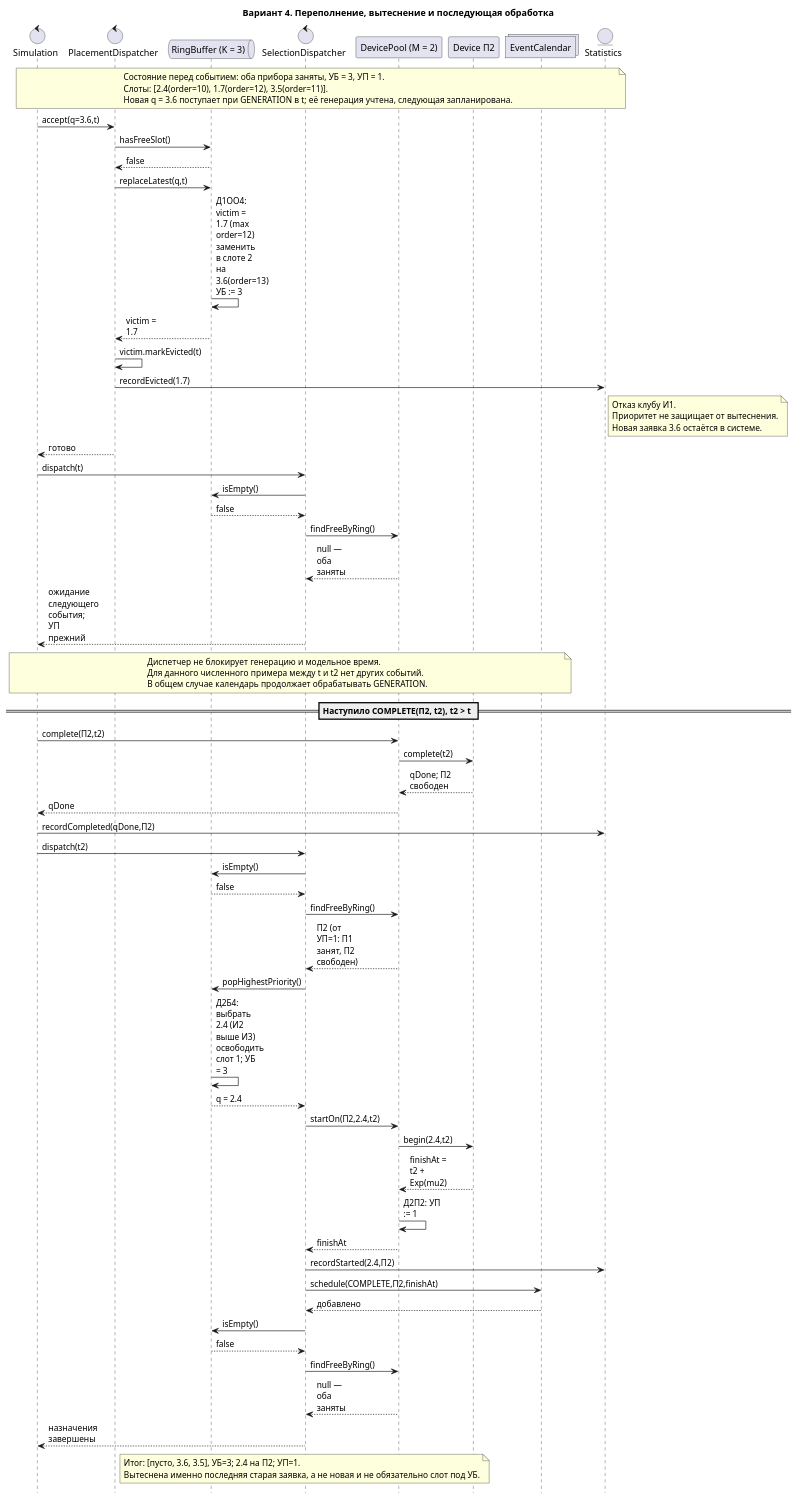
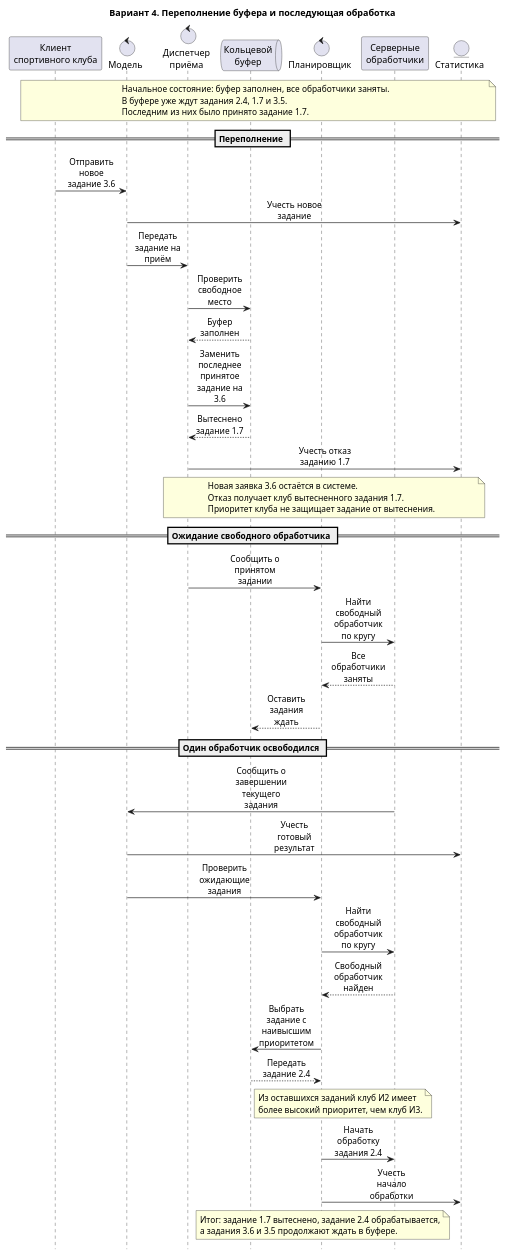
Before and after one commit to HorekProgrammer/smo-variant-4: the diagram in docs/diagrams/sequence-overflow.puml, drawn with PlantUML. The commit also changed 11 other files, not shown here.

Commit message:
Simplify sequence diagrams

```diff
--- a/docs/diagrams/sequence-overflow.puml
+++ b/docs/diagrams/sequence-overflow.puml
@@ -1,64 +1,68 @@
 @startuml
-title Вариант 4. Переполнение, вытеснение и последующая обработка
+title Вариант 4. Переполнение буфера и последующая обработка
 hide footbox
 skinparam defaultFontName Arial
-skinparam maxMessageSize 65
-control "Simulation" as Sim
-control "PlacementDispatcher" as Put
-queue "RingBuffer (K = 3)" as Buf
-control "SelectionDispatcher" as Sel
-participant "DevicePool (M = 2)" as Pool
-participant "Device П2" as Dev
-collections "EventCalendar" as Cal
-entity "Statistics" as Stat
-note over Sim, Stat
-Состояние перед событием: оба прибора заняты, УБ = 3, УП = 1.
-Слоты: [2.4(order=10), 1.7(order=12), 3.5(order=11)].
-Новая q = 3.6 поступает при GENERATION в t; её генерация учтена, следующая запланирована.
+skinparam sequenceMessageAlign center
+skinparam maxMessageSize 90
+
+participant "Клиент\nспортивного клуба" as Src
+control "Модель" as Sim
+control "Диспетчер\nприёма" as Put
+queue "Кольцевой\nбуфер" as Buf
+control "Планировщик" as Sel
+participant "Серверные\nобработчики" as Dev
+entity "Статистика" as Stat
+
+note over Src, Stat
+Начальное состояние: буфер заполнен, все обработчики заняты.
+В буфере уже ждут задания 2.4, 1.7 и 3.5.
+Последним из них было принято задание 1.7.
 end note
-Sim -> Put: accept(q=3.6,t)
-Put -> Buf: hasFreeSlot()
-Buf --> Put: false
-Put -> Buf: replaceLatest(q,t)
-Buf -> Buf: Д1ОО4: victim = 1.7 (max order=12)\nзаменить в слоте 2 на 3.6(order=13)\nУБ := 3
-Buf --> Put: victim = 1.7
-Put -> Put: victim.markEvicted(t)
-Put -> Stat: recordEvicted(1.7)
-note right of Stat: Отказ клубу И1.\nПриоритет не защищает от вытеснения.\nНовая заявка 3.6 остаётся в системе.
-Put --> Sim: готово
-Sim -> Sel: dispatch(t)
-Sel -> Buf: isEmpty()
-Buf --> Sel: false
-Sel -> Pool: findFreeByRing()
-Pool --> Sel: null — оба заняты
-Sel --> Sim: ожидание следующего события; УП прежний
-note over Sim, Cal: Диспетчер не блокирует генерацию и модельное время.\nДля данного численного примера между t и t2 нет других событий.\nВ общем случае календарь продолжает обрабатывать GENERATION.
-== Наступило COMPLETE(П2, t2), t2 > t ==
-Sim -> Pool: complete(П2,t2)
-Pool -> Dev: complete(t2)
-Dev --> Pool: qDone; П2 свободен
-Pool --> Sim: qDone
-Sim -> Stat: recordCompleted(qDone,П2)
-Sim -> Sel: dispatch(t2)
-Sel -> Buf: isEmpty()
-Buf --> Sel: false
-Sel -> Pool: findFreeByRing()
-Pool --> Sel: П2 (от УП=1: П1 занят, П2 свободен)
-Sel -> Buf: popHighestPriority()
-Buf -> Buf: Д2Б4: выбрать 2.4 (И2 выше И3)\nосвободить слот 1; УБ = 3
-Buf --> Sel: q = 2.4
-Sel -> Pool: startOn(П2,2.4,t2)
-Pool -> Dev: begin(2.4,t2)
-Dev --> Pool: finishAt = t2 + Exp(mu2)
-Pool -> Pool: Д2П2: УП := 1
-Pool --> Sel: finishAt
-Sel -> Stat: recordStarted(2.4,П2)
-Sel -> Cal: schedule(COMPLETE,П2,finishAt)
-Cal --> Sel: добавлено
-Sel -> Buf: isEmpty()
-Buf --> Sel: false
-Sel -> Pool: findFreeByRing()
-Pool --> Sel: null — оба заняты
-Sel --> Sim: назначения завершены
-note over Buf, Pool: Итог: [пусто, 3.6, 3.5], УБ=3; 2.4 на П2; УП=1.\nВытеснена именно последняя старая заявка, а не новая и не обязательно слот под УБ.
+
+== Переполнение ==
+
+Src -> Sim: Отправить новое задание 3.6
+Sim -> Stat: Учесть новое задание
+Sim -> Put: Передать задание на приём
+Put -> Buf: Проверить свободное место
+Buf --> Put: Буфер заполнен
+Put -> Buf: Заменить последнее принятое задание на 3.6
+Buf --> Put: Вытеснено задание 1.7
+Put -> Stat: Учесть отказ заданию 1.7
+
+note over Put, Stat
+Новая заявка 3.6 остаётся в системе.
+Отказ получает клуб вытесненного задания 1.7.
+Приоритет клуба не защищает задание от вытеснения.
+end note
+
+== Ожидание свободного обработчика ==
+
+Put -> Sel: Сообщить о принятом задании
+Sel -> Dev: Найти свободный обработчик по кругу
+Dev --> Sel: Все обработчики заняты
+Sel --> Buf: Оставить задания ждать
+
+== Один обработчик освободился ==
+
+Dev -> Sim: Сообщить о завершении текущего задания
+Sim -> Stat: Учесть готовый результат
+Sim -> Sel: Проверить ожидающие задания
+Sel -> Dev: Найти свободный обработчик по кругу
+Dev --> Sel: Свободный обработчик найден
+Sel -> Buf: Выбрать задание с наивысшим приоритетом
+Buf --> Sel: Передать задание 2.4
+
+note right of Buf
+  Из оставшихся заданий клуб И2 имеет
+  более высокий приоритет, чем клуб И3.
+end note
+
+Sel -> Dev: Начать обработку задания 2.4
+Sel -> Stat: Учесть начало обработки
+
+note over Buf, Dev
+Итог: задание 1.7 вытеснено, задание 2.4 обрабатывается,
+а задания 3.6 и 3.5 продолжают ждать в буфере.
+end note
 @enduml
```
